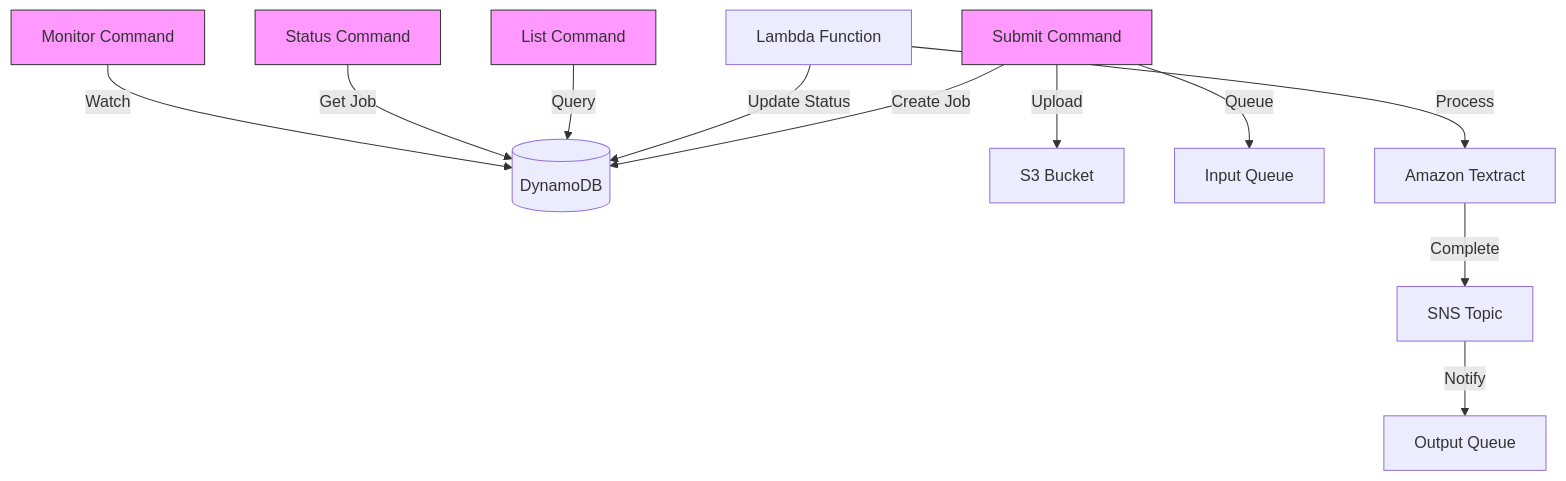
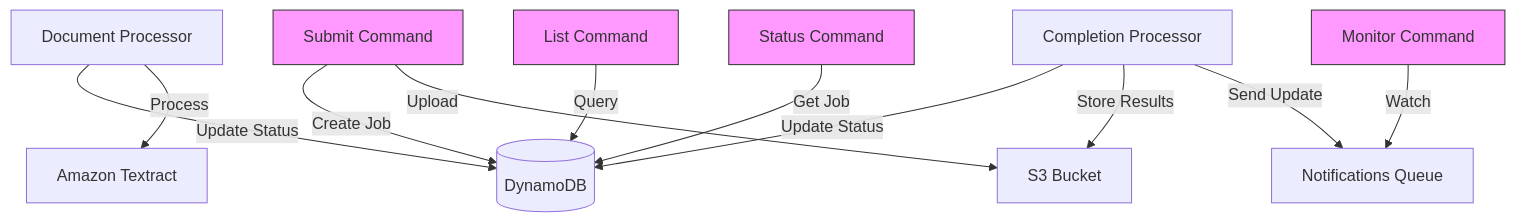
Before and after one commit to go-go-golems/go-go-labs: the second of 2 diagrams in cmd/apps/textractor/PLAN.md, drawn with Mermaid. The commit also changed other lines of this file, not shown here.

````diff
--- a/cmd/apps/textractor/PLAN.md
+++ b/cmd/apps/textractor/PLAN.md
@@ -135,21 +133,21 @@
 ```mermaid
 graph TD
     Submit[Submit Command] -->|Create Job| DDB[(DynamoDB)]
     Submit -->|Upload| S3[S3 Bucket]
-    Submit -->|Queue| InputSQS[Input Queue]
     
-    Lambda[Lambda Function] -->|Update Status| DDB
-    Lambda -->|Process| Textract[Amazon Textract]
+    DocLambda[Document Processor] -->|Update Status| DDB
+    DocLambda -->|Process| Textract[Amazon Textract]
     
-    Textract -->|Complete| SNS[SNS Topic]
-    SNS -->|Notify| OutputSQS[Output Queue]
+    CompLambda[Completion Processor] -->|Update Status| DDB
+    CompLambda -->|Store Results| S3
+    CompLambda -->|Send Update| NotifQ[Notifications Queue]
     
     List[List Command] -->|Query| DDB
     Status[Status Command] -->|Get Job| DDB
-    Monitor[Monitor Command] -->|Watch| DDB
+    Monitor[Monitor Command] -->|Watch| NotifQ
     
     style Submit fill:#f9f,stroke:#333
     style List fill:#f9f,stroke:#333
     style Status fill:#f9f,stroke:#333
     style Monitor fill:#f9f,stroke:#333
 ```
````
